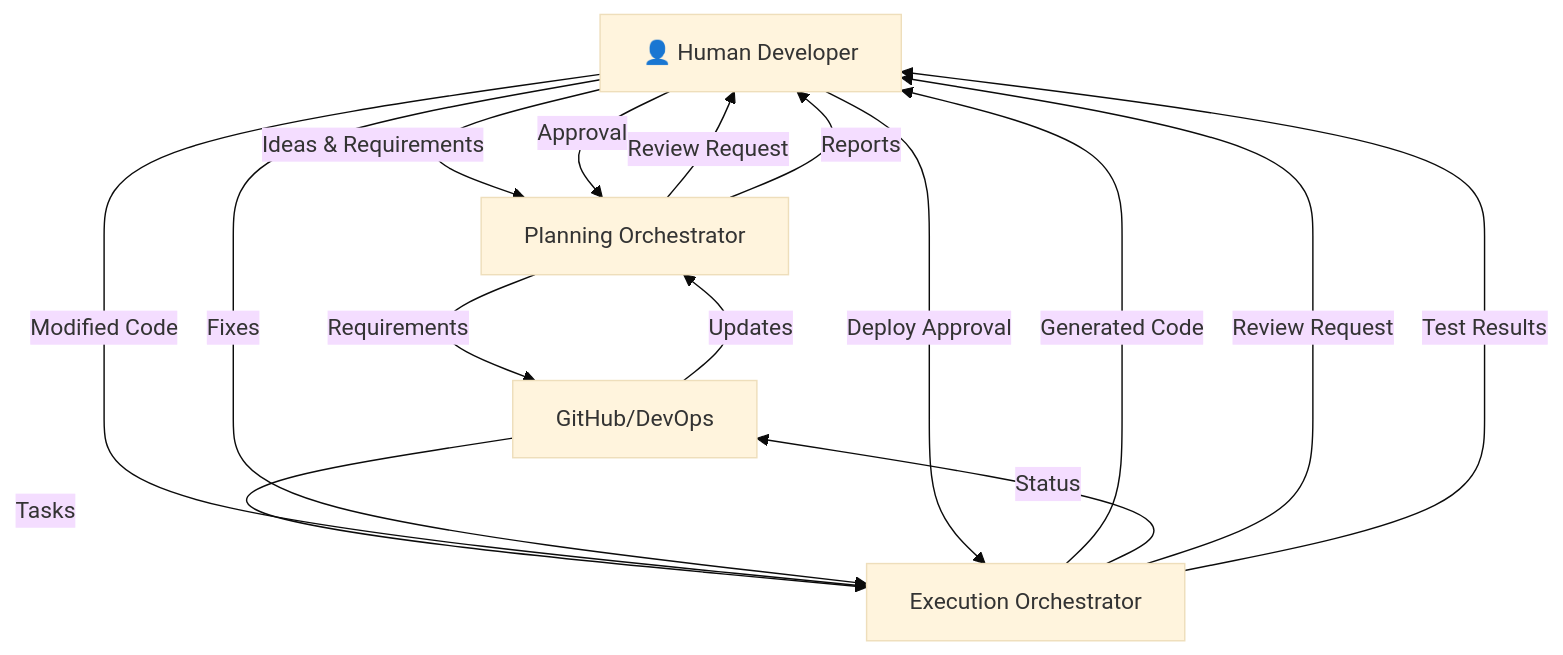
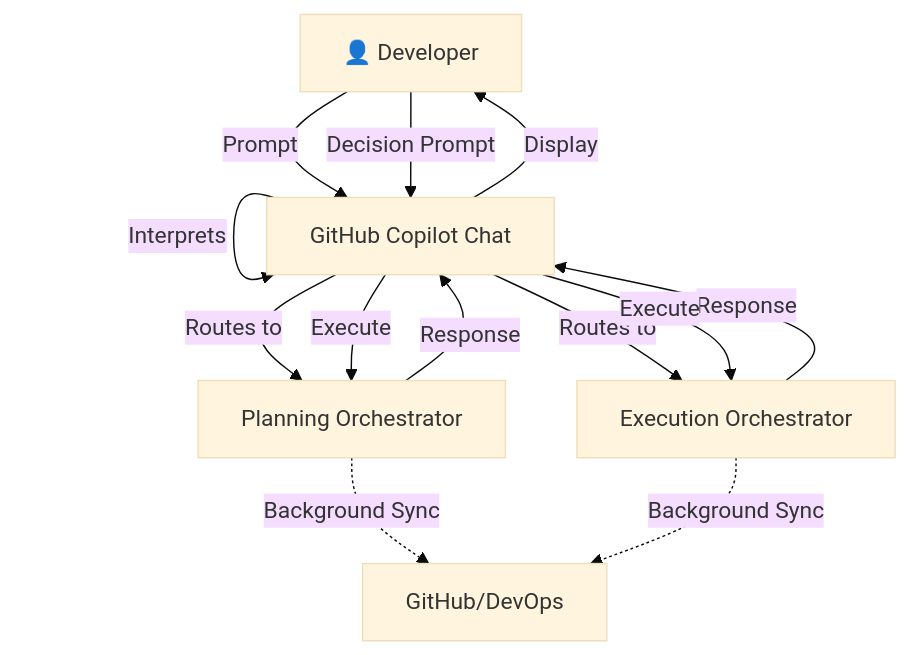
One commit to Sjoerd-Bo3/copilot-orchestra changed the first of 2 diagrams in IdeaOutline.md. Above: the diagram before and after it, drawn with Mermaid (base theme). The commit also changed other lines of this file, not shown here.

Commit message:
Docs: Revise Idea Outline to enhance clarity on prompt-driven architecture and human interaction points

````diff
--- a/IdeaOutline.md
+++ b/IdeaOutline.md
@@ -180,28 +32,24 @@
 ```mermaid
 graph TB
-    H[👤 Human Developer]
+    D[👤 Developer]
+    C[GitHub Copilot Chat]
     P[Planning Orchestrator]
     E[Execution Orchestrator]
     G[GitHub/DevOps]
     
-    H -->|Ideas & Requirements| P
-    P -->|Review Request| H
-    H -->|Approval| P
+    D -->|Prompt| C
+    C -->|Interprets| C
+    C -->|Routes to| P
+    C -->|Routes to| E
     
-    P -->|Requirements| G
-    G -->|Tasks| E
+    P -->|Response| C
+    E -->|Response| C
+    C -->|Display| D
     
-    E -->|Generated Code| H
-    H -->|Modified Code| E
+    D -->|Decision Prompt| C
+    C -->|Execute| P
+    C -->|Execute| E
     
-    E -->|Status| G
-    G -->|Updates| P
-    
-    E -->|Review Request| H
-    H -->|Fixes| E
-    
-    H -->|Deploy Approval| E
-    
-    P -->|Reports| H
-    E -->|Test Results| H
+    P -.->|Background Sync| G
+    E -.->|Background Sync| G
 ```
````
